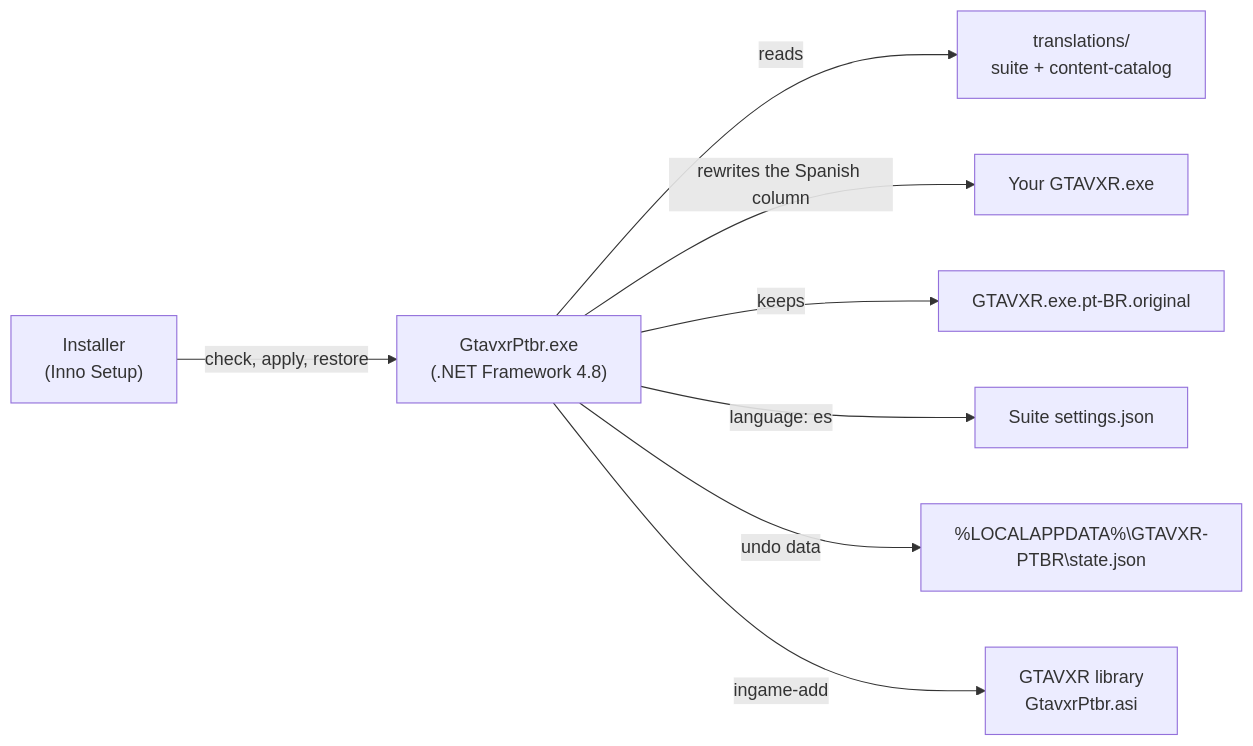
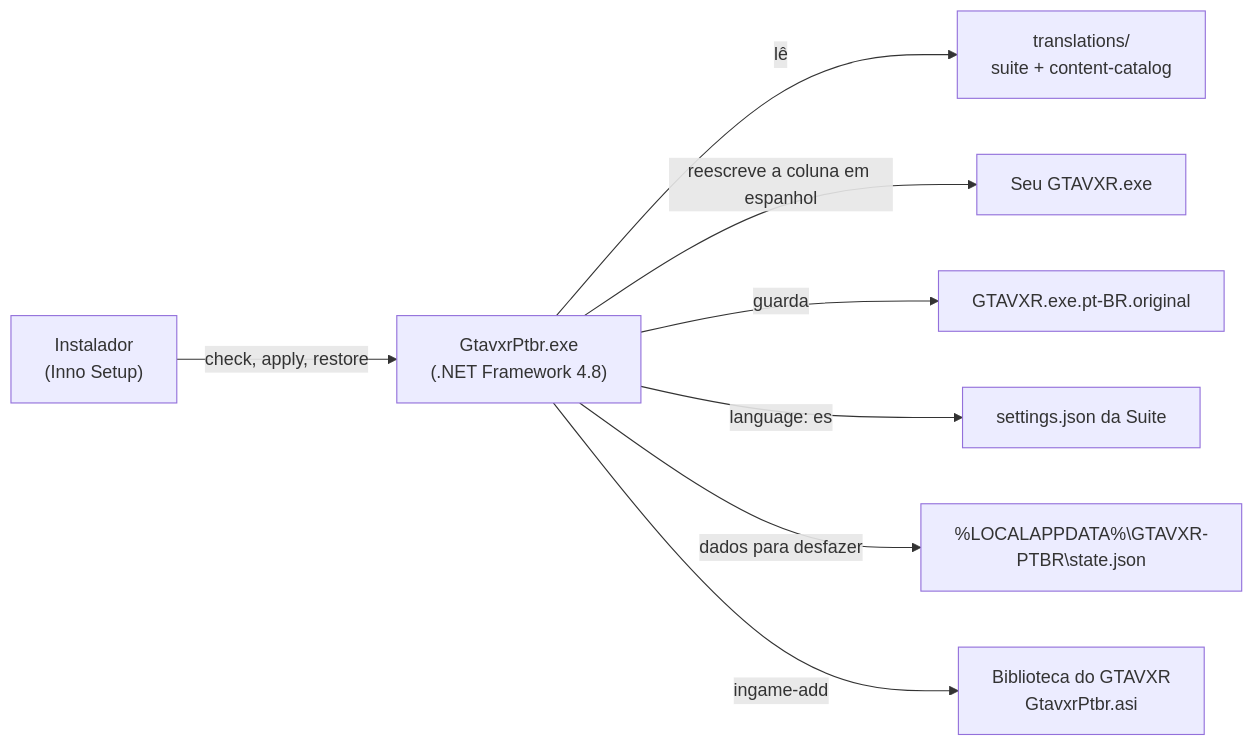
The first of 2 diagrams in docs/architecture.md (scarletmodder/gtavxr-ptbr), drawn with Mermaid before and after one commit. The commit also changed other lines of this file and 17 other files, not shown here.

````diff
--- a/docs/architecture.md
+++ b/docs/architecture.md
@@ -9,10 +9,10 @@
 ```mermaid
 flowchart LR
-    setup["Installer<br/>(Inno Setup)"] -->|check, apply, restore| tool["GtavxrPtbr.exe<br/>(.NET Framework 4.8)"]
-    tool -->|reads| tr["translations/<br/>suite + content-catalog"]
-    tool -->|rewrites the Spanish column| suite["Your GTAVXR.exe"]
-    tool -->|keeps| orig["GTAVXR.exe.pt-BR.original"]
-    tool -->|"language: es"| settings["Suite settings.json"]
-    tool -->|undo data| state["%LOCALAPPDATA%\GTAVXR-PTBR\state.json"]
-    tool -->|ingame-add| lib["GTAVXR library<br/>GtavxrPtbr.asi"]
+    setup["Instalador<br/>(Inno Setup)"] -->|check, apply, restore| tool["GtavxrPtbr.exe<br/>(.NET Framework 4.8)"]
+    tool -->|lê| tr["translations/<br/>suite + content-catalog"]
+    tool -->|reescreve a coluna em espanhol| suite["Seu GTAVXR.exe"]
+    tool -->|guarda| orig["GTAVXR.exe.pt-BR.original"]
+    tool -->|"language: es"| settings["settings.json da Suite"]
+    tool -->|dados para desfazer| state["%LOCALAPPDATA%\GTAVXR-PTBR\state.json"]
+    tool -->|ingame-add| lib["Biblioteca do GTAVXR<br/>GtavxrPtbr.asi"]
 ```
````
